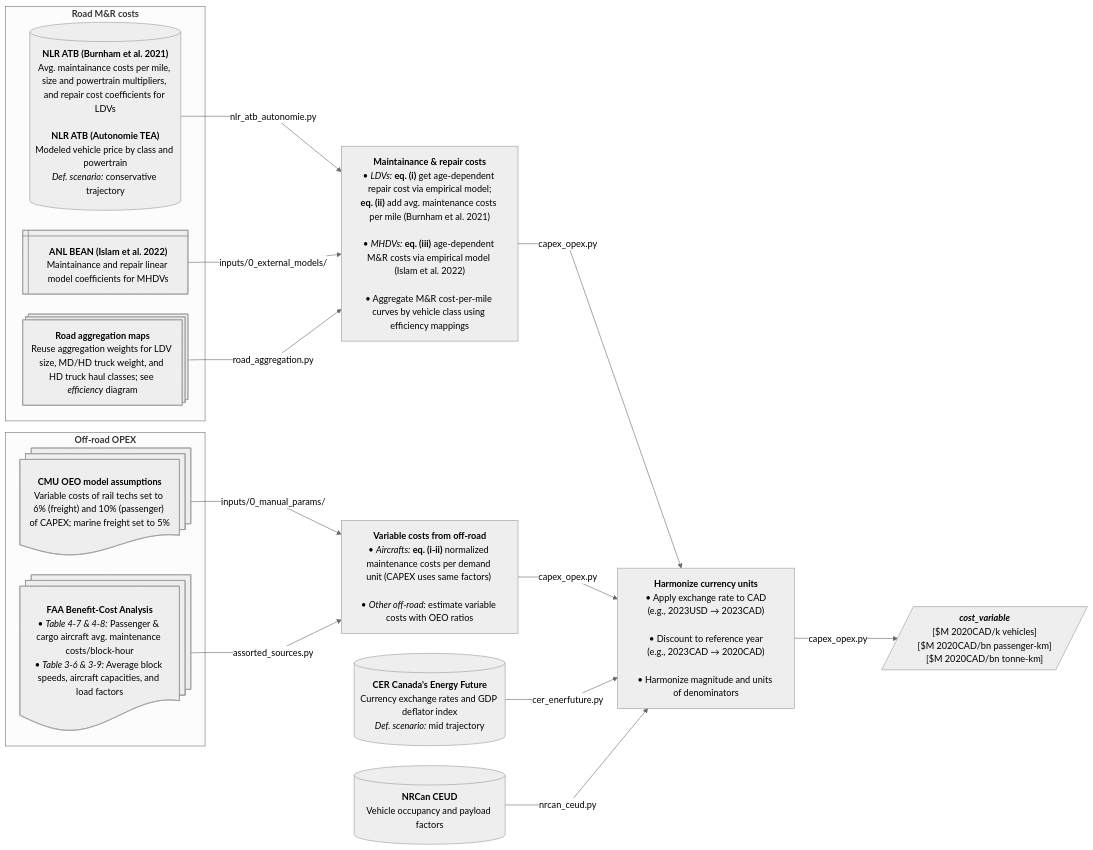
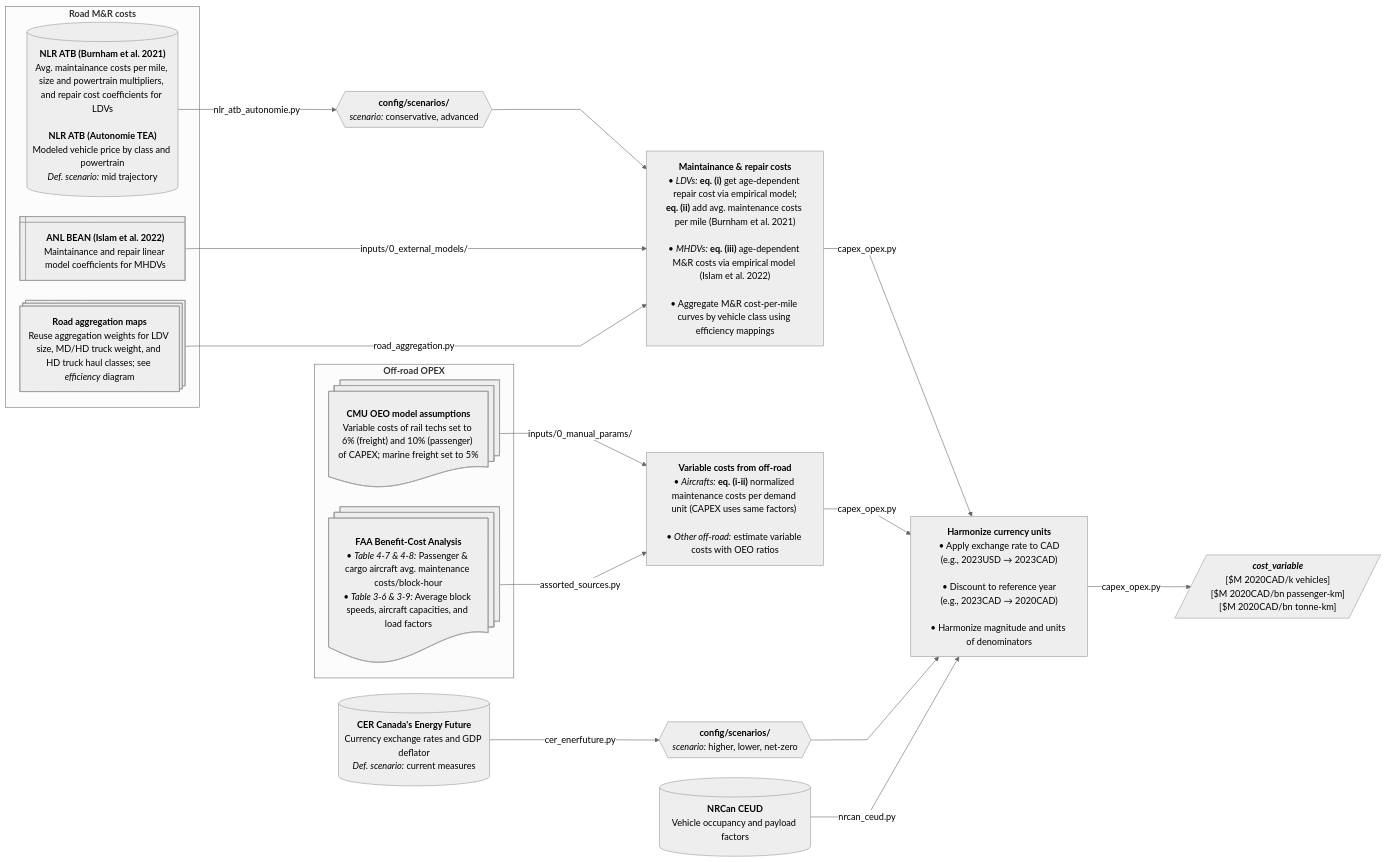
The eighth of 9 diagrams in docs/etl_flowcharts.md (CANOE-main/canoe-transportation), drawn with Mermaid (neutral theme) before and after one commit. The commit also changed other lines of this file and 47 other files, not shown here.

````diff
--- a/docs/etl_flowcharts.md
+++ b/docs/etl_flowcharts.md
@@ -479,54 +488,57 @@
 ```mermaid
 ---
 config:
   layout: dagre
   flowchart:
     nodeSpacing: 35
     rankSpacing: 50
     wrappingWidth: 250
     curve: linear
 ---
 flowchart LR
   subgraph offroad["`**Off-road OPEX**`"]
 	  %% --- Sources ---
 	  s7@{shape: docs, label: "**CMU OEO model assumptions**<br>Variable costs of rail techs set to 6% (freight) and 10% (passenger) of CAPEX; marine freight set to 5%"}
 	  s8@{shape: docs, label: "**FAA Benefit-Cost Analysis**<br>• *Table 4-7 & 4-8:* Passenger & cargo aircraft avg. maintenance costs/block-hour<br>• *Table 3-6 & 3-9:* Average block speeds, aircraft capacities, and load factors"}
   end
 
   %% --- Processes ---
   p3["`**Variable costs from off-road**<br>• *Aircrafts:* **eq. (i-ii)** normalized maintenance costs per demand unit (CAPEX uses same factors) <br><br>• *Other off-road:* estimate variable costs with OEO ratios`"]
   s7 -- inputs/0_manual_params/ --> p3
   s8 -- assorted_sources.py --> p3
 
   subgraph road["`**Road M&R costs**`"]
 	  %% --- Sources ---
 	  s1@{shape: processes, label: "**Road aggregation maps**<br>Reuse aggregation weights for LDV size, MD/HD truck weight, and HD truck haul classes; see *efficiency* diagram"}
-	  s2[("`**NLR ATB (Burnham et al. 2021)**<br>Avg. maintainance costs per mile, size and powertrain multipliers, and repair cost coefficients for LDVs<br><br>**NLR ATB (Autonomie TEA)**<br>Modeled vehicle price by class and powertrain<br>*Def. scenario:* conservative trajectory`")]
+	  s2[("`**NLR ATB (Burnham et al. 2021)**<br>Avg. maintainance costs per mile, size and powertrain multipliers, and repair cost coefficients for LDVs<br><br>**NLR ATB (Autonomie TEA)**<br>Modeled vehicle price by class and powertrain<br>*Def. scenario:* mid trajectory`")]
 	  s3@{shape: win-pane, label: "**ANL BEAN (Islam et al. 2022)**<br>Maintainance and repair linear model coefficients for MHDVs"}
   end
 
   %% --- Processes ---
+  p0_2@{shape: hex, label: "**config/scenarios/**<br>*scenario:* conservative, advanced"}
   p2["`**Maintainance & repair costs**<br>• *LDVs:* **eq. (i)** get age-dependent repair cost via empirical model;<br>**eq. (ii)** add avg. maintenance costs per mile (Burnham et al. 2021)<br><br>• *MHDVs:* **eq. (iii)** age-dependent M&R costs via empirical model (Islam et al. 2022)<br><br>• Aggregate M&R cost-per-mile curves by vehicle class using efficiency mappings`"]
-  s2 -- nlr_atb_autonomie.py --> p2
+  s2 -- nlr_atb_autonomie.py --> p0_2 --> p2
   s3 -- inputs/0_external_models/ --> p2
   s1 -- road_aggregation.py --> p2
 
-  s0[("`**CER Canada's Energy Future**<br>Currency exchange rates and GDP deflator index<br>*Def. scenario:* mid trajectory`")]
+  s0[("`**CER Canada's Energy Future**<br>Currency exchange rates and GDP deflator<br>*Def. scenario:* current measures`")]
   s9[("`**NRCan CEUD**<br>Vehicle occupancy and payload factors`")]
+
+  p0@{shape: hex, label: "**config/scenarios/**<br>*scenario:* higher, lower, net-zero"}
   p4["`**Harmonize currency units**<br>• Apply exchange rate to CAD<br>(e.g., 2023USD → 2023CAD)<br><br>• Discount to reference year<br>(e.g., 2023CAD → 2020CAD)<br><br>• Harmonize magnitude and units of denominators`"]
   p2 -- capex_opex.py --> p4
   p3 -- capex_opex.py --> p4
-  s0 -- cer_enerfuture.py --> p4
+  s0 -- cer_enerfuture.py --> p0 --> p4
   s9 -- nrcan_ceud.py --> p4
 
   p4 -- capex_opex.py --> o1[/"`***cost_variable***<br>[$M 2020CAD/k vehicles]<br>[$M 2020CAD/bn passenger-km]<br>[$M 2020CAD/bn tonne-km]`"/]
 
   %% --- Hyperlinks ---
   click s9 "https://oee.nrcan.gc.ca/corporate/statistics/neud/dpa/menus/trends/comprehensive_tables/list.cfm"
   click s8 "https://www.faa.gov/regulations_policies/policy_guidance/benefit_cost"
   click s7 "https://github.com/TemoaProject/oeo/blob/master/database_documentation/TransportationSector.ipynb"
   click s2 "https://atb.nlr.gov/transportation/2024/data"
   click s2_2 "https://anl.app.box.com/s/an4nx0v2xpudxtpsnkhd5peimzu4j1hk/folder/242640145714"
   click s0 "https://open.canada.ca/data/en/dataset/07c42deb-9435-43b9-a416-7ce316f3893d"
   click s3 "https://vms.taps.anl.gov/research-highlights/vehicle-technologies/u-s-doe-vto-hfto-r-d-benefits/"
 ```
````
